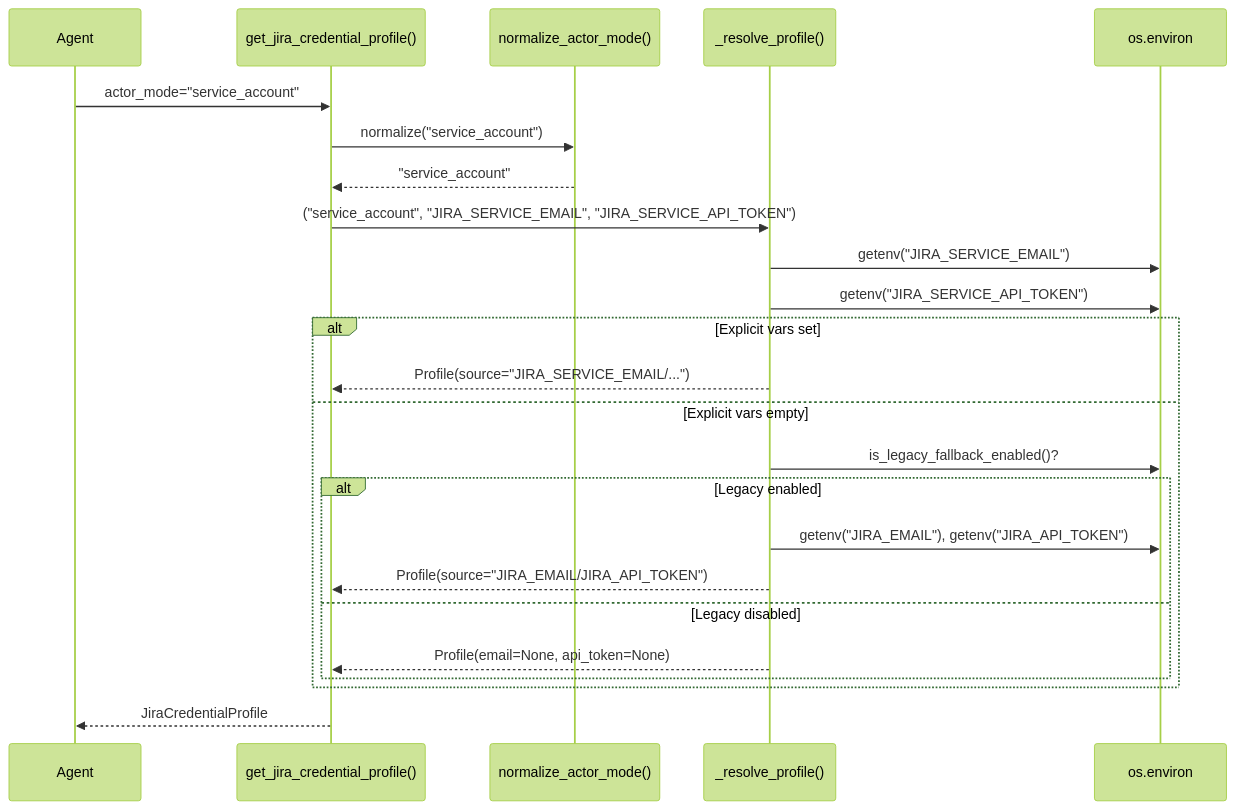
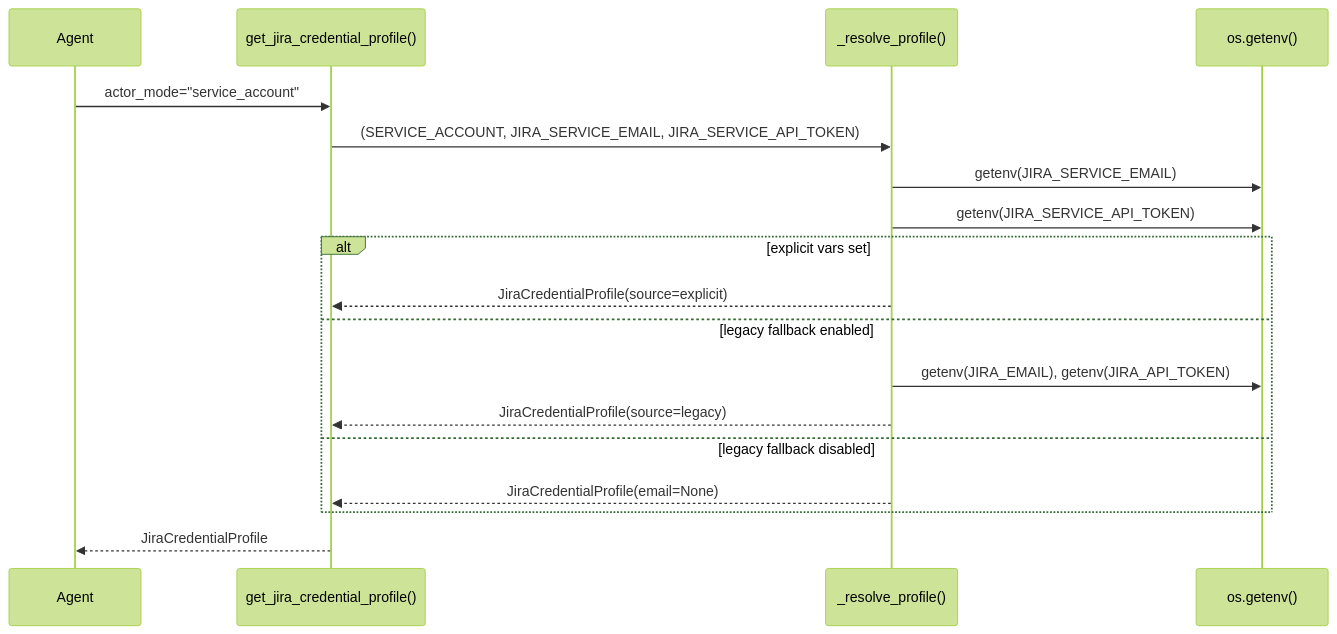
The third of 4 diagrams in docs/config.md (jmac-cornelis/agent-workforce), drawn with Mermaid (forest theme) before and after one commit. The commit also changed other lines of this file and 8 other files, not shown here.

````diff
--- a/docs/config.md
+++ b/docs/config.md
@@ -97,27 +86,22 @@
 ```mermaid
 sequenceDiagram
     participant Agent
     participant get_jira_credential_profile as get_jira_credential_profile()
-    participant normalize as normalize_actor_mode()
-    participant _resolve as _resolve_profile()
-    participant env as os.environ
+    participant _resolve_profile as _resolve_profile()
+    participant os as os.getenv()
 
     Agent->>get_jira_credential_profile: actor_mode="service_account"
-    get_jira_credential_profile->>normalize: normalize("service_account")
-    normalize-->>get_jira_credential_profile: "service_account"
-    get_jira_credential_profile->>_resolve: ("service_account", "JIRA_SERVICE_EMAIL", "JIRA_SERVICE_API_TOKEN")
-    _resolve->>env: getenv("JIRA_SERVICE_EMAIL")
-    _resolve->>env: getenv("JIRA_SERVICE_API_TOKEN")
-    alt Explicit vars set
-        _resolve-->>get_jira_credential_profile: Profile(source="JIRA_SERVICE_EMAIL/...")
-    else Explicit vars empty
-        _resolve->>env: is_legacy_fallback_enabled()?
-        alt Legacy enabled
-            _resolve->>env: getenv("JIRA_EMAIL"), getenv("JIRA_API_TOKEN")
-            _resolve-->>get_jira_credential_profile: Profile(source="JIRA_EMAIL/JIRA_API_TOKEN")
-        else Legacy disabled
-            _resolve-->>get_jira_credential_profile: Profile(email=None, api_token=None)
-        end
+    get_jira_credential_profile->>_resolve_profile: (SERVICE_ACCOUNT, JIRA_SERVICE_EMAIL, JIRA_SERVICE_API_TOKEN)
+    _resolve_profile->>os: getenv(JIRA_SERVICE_EMAIL)
+    _resolve_profile->>os: getenv(JIRA_SERVICE_API_TOKEN)
+
+    alt explicit vars set
+        _resolve_profile-->>get_jira_credential_profile: JiraCredentialProfile(source=explicit)
+    else legacy fallback enabled
+        _resolve_profile->>os: getenv(JIRA_EMAIL), getenv(JIRA_API_TOKEN)
+        _resolve_profile-->>get_jira_credential_profile: JiraCredentialProfile(source=legacy)
+    else legacy fallback disabled
+        _resolve_profile-->>get_jira_credential_profile: JiraCredentialProfile(email=None)
     end
     get_jira_credential_profile-->>Agent: JiraCredentialProfile
 ```
````
